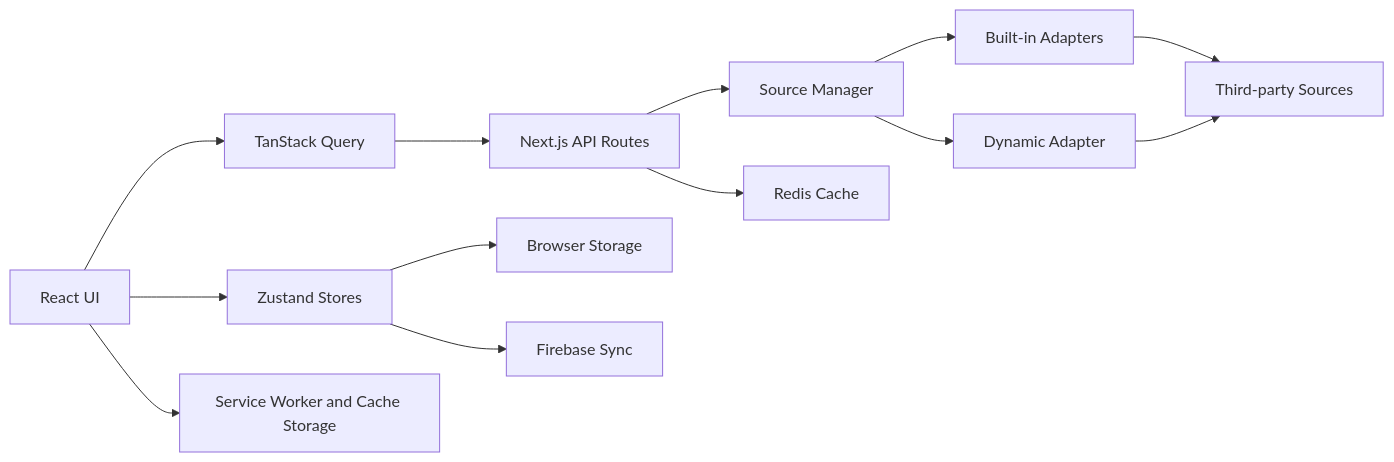
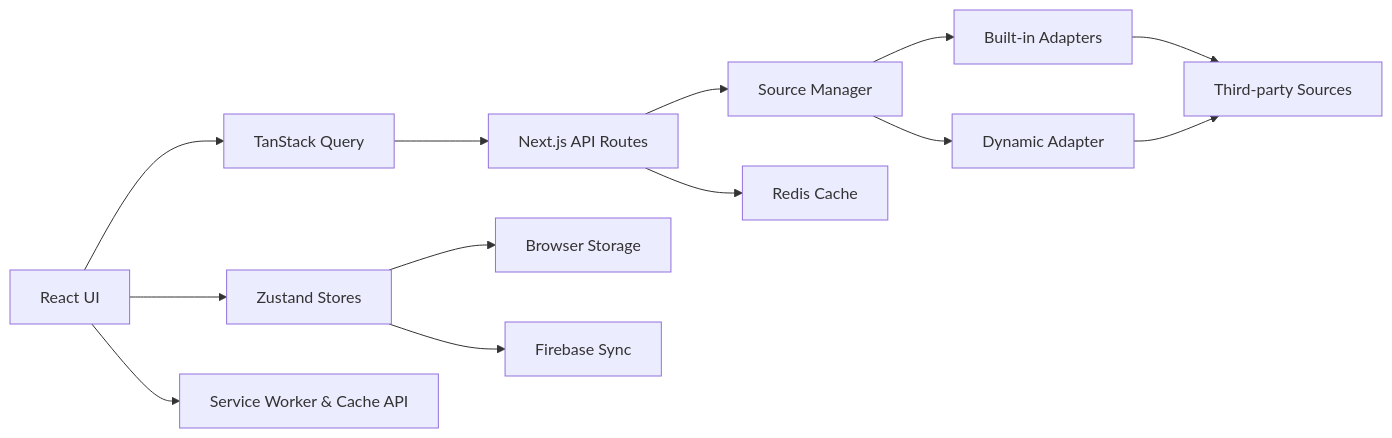
Before and after one commit to rzqllh/Yomirra: the diagram in docs/ARCHITECTURE.md, drawn with Mermaid. The commit also changed other lines of this file and 8 other files, not shown here.

Commit message:
chore: untrack internal docs, consolidate architecture specs, and clean gitignore duplicates

````diff
--- a/docs/ARCHITECTURE.md
+++ b/docs/ARCHITECTURE.md
@@ -7,15 +7,15 @@
 ```mermaid
 flowchart LR
     UI[React UI] --> RQ[TanStack Query]
     UI --> ZS[Zustand Stores]
     RQ --> API[Next.js API Routes]
     API --> SM[Source Manager]
     SM --> BA[Built-in Adapters]
     SM --> DA[Dynamic Adapter]
     BA --> EXT[Third-party Sources]
     DA --> EXT
     API --> RC[Redis Cache]
     ZS --> LS[Browser Storage]
     ZS --> FB[Firebase Sync]
-    UI --> SW[Service Worker and Cache Storage]
+    UI --> SW[Service Worker & Cache API]
 ```
````
